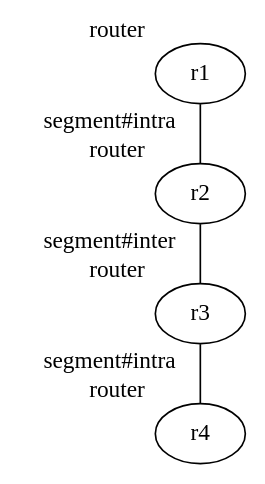
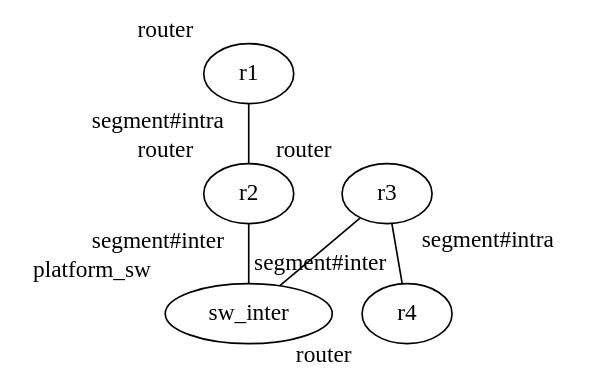
One commit to cpflat/dot2net changed the diagram in example/vlan_multihost/input.dot. Above: the diagram before and after it, drawn with Graphviz. The commit also changed 3 other files, not shown here.

Commit message:
example: let the hosts in vlan_multihost meet on a platform switch

```diff
--- a/example/vlan_multihost/input.dot
+++ b/example/vlan_multihost/input.dot
@@ -1,22 +1,25 @@
 digraph {
 	// Each host is a group. The class sits in xlabel so that label stays
 	// available as a display title; a subgraph's label doubles as a class.
 	subgraph host1 {
 		xlabel="worker";
 		r1[xlabel="router"];
 		r2[xlabel="router"];
 	}
 	subgraph host2 {
 		xlabel="worker";
 		r3[xlabel="router"];
 		r4[xlabel="router"];
 	}
 
 	// Links that stay inside one host.
 	r1->r2[dir="none", xlabel="segment#intra"];
 	r3->r4[dir="none", xlabel="segment#intra"];
 
-	// A link across the host boundary. It belongs to no single host, so it
-	// must not appear in either host file.
-	r2->r3[dir="none", xlabel="segment#inter"];
+	// The hosts meet on a shared L2 domain that the platform provides: a bridge
+	// for containerlab, a switches: entry for TiNET. sw_inter belongs to no
+	// host, so neither host file carries these links.
+	sw_inter[xlabel="platform_sw"];
+	r2->sw_inter[dir="none", xlabel="segment#inter"];
+	r3->sw_inter[dir="none", xlabel="segment#inter"];
 }
```
